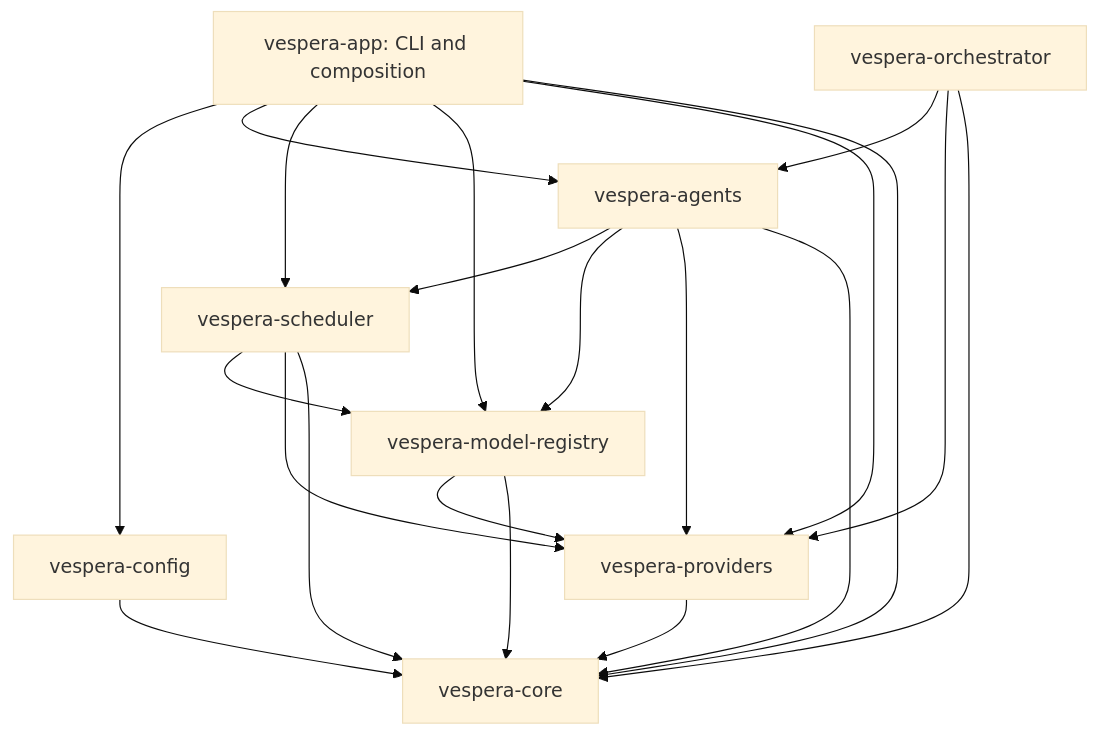
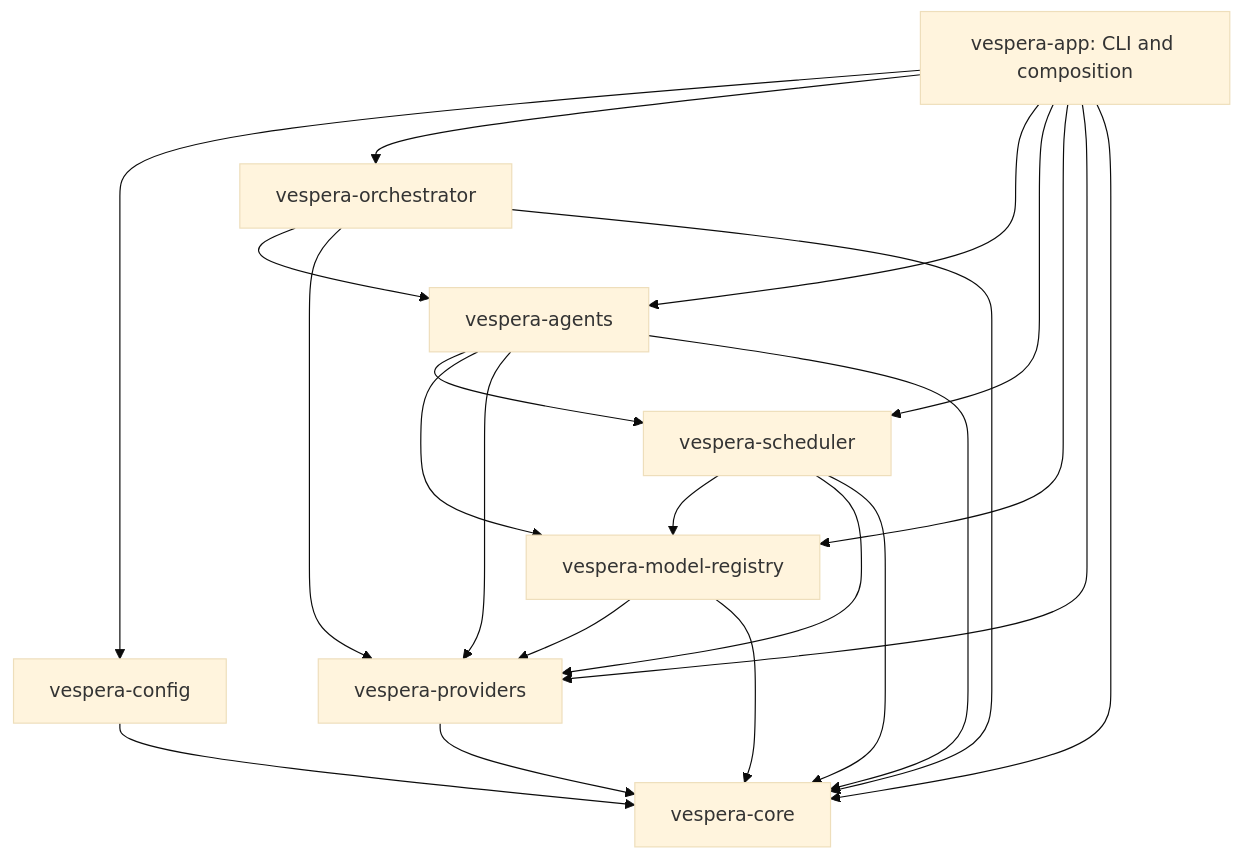
The diagram in docs/ARCHITECTURE.md (ShamelesAbyss/Vespera), drawn with Mermaid (base theme) before and after one commit. The commit also changed other lines of this file and 18 other files, not shown here.

````diff
--- a/docs/ARCHITECTURE.md
+++ b/docs/ARCHITECTURE.md
@@ -14,23 +14,24 @@
 ```mermaid
 flowchart TD
     App[vespera-app: CLI and composition] --> Config[vespera-config]
+    App --> Orchestrator
     App --> Agents[vespera-agents]
     App --> Scheduler[vespera-scheduler]
     App --> Registry[vespera-model-registry]
     App --> Providers[vespera-providers]
     App --> Core[vespera-core]
     Orchestrator[vespera-orchestrator] --> Agents
     Orchestrator --> Providers
     Orchestrator --> Core
     Config --> Core
     Agents --> Scheduler
     Agents --> Registry
     Agents --> Providers
     Agents --> Core
     Scheduler --> Registry
     Scheduler --> Providers
     Scheduler --> Core
     Registry --> Providers
     Registry --> Core
     Providers --> Core
 ```
````
